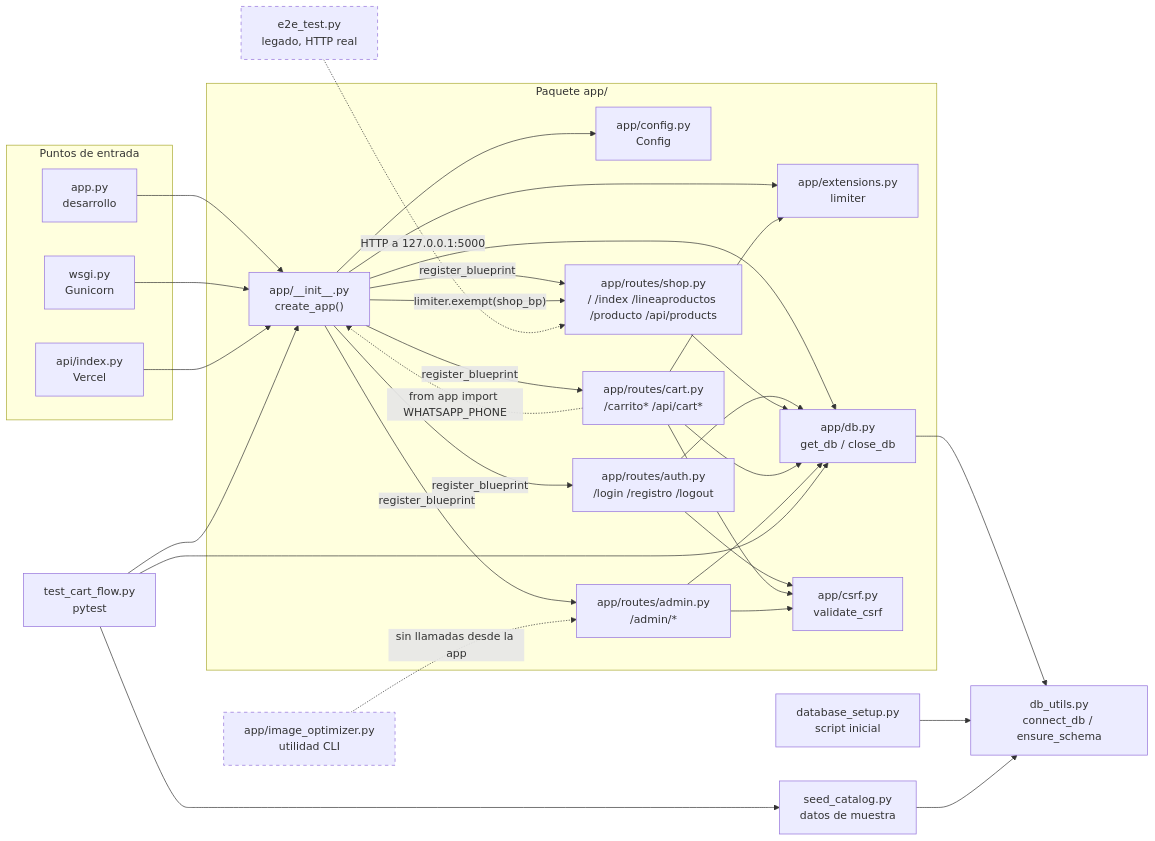
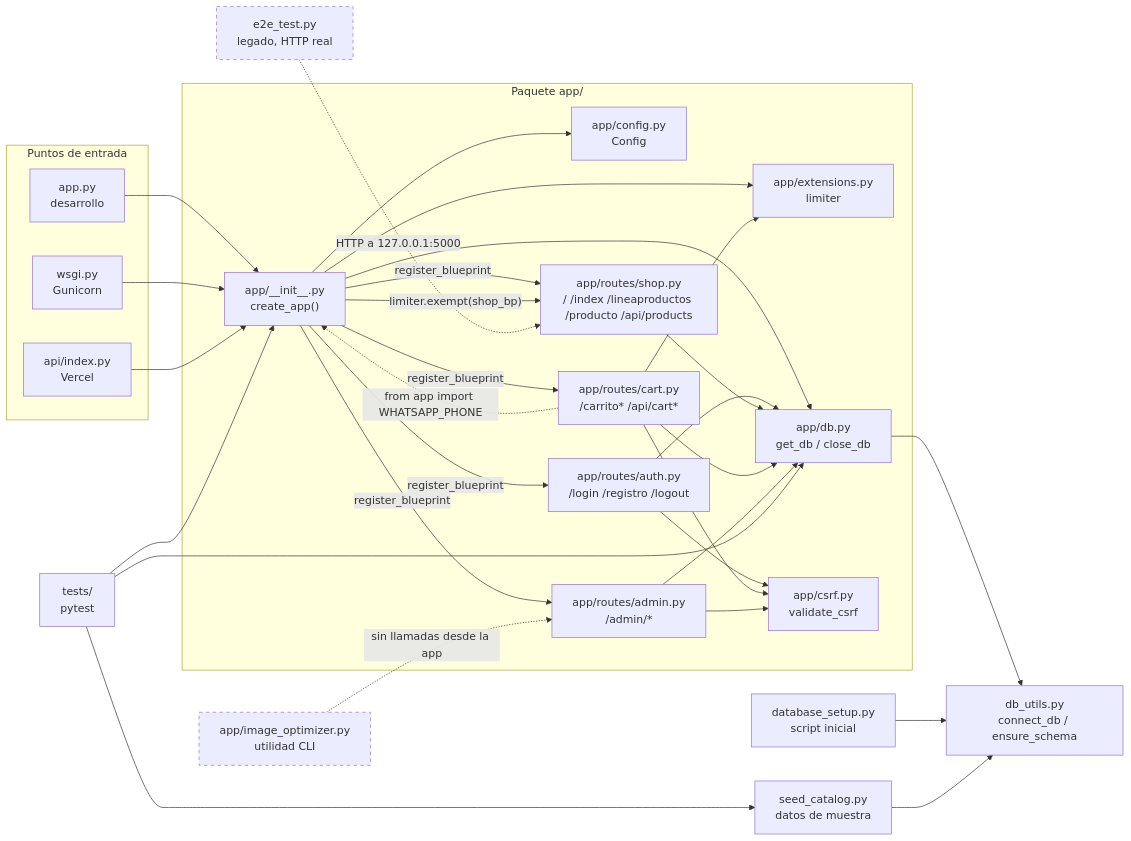
The first of 2 diagrams in docs/13-grafo-proyecto.md (NikkoWebDev/ARTISAN), drawn with Mermaid before and after one commit. The commit also changed other lines of this file and 13 other files, not shown here.

First line of the commit message:
feat(vercel): SECRET_KEY obligatoria con mensaje claro, ensure_schema una vez, app/storage.py (Vercel Blob/disco), migración SQLite→PostgreSQL; tests/ aislados

````diff
--- a/docs/13-grafo-proyecto.md
+++ b/docs/13-grafo-proyecto.md
@@ -19,63 +19,63 @@
 ```mermaid
 flowchart LR
     subgraph ENTRADAS["Puntos de entrada"]
         APP_PY["app.py<br/>desarrollo"]
         WSGI["wsgi.py<br/>Gunicorn"]
         VERCEL["api/index.py<br/>Vercel"]
     end
 
     subgraph PAQUETE["Paquete app/"]
         INIT["app/__init__.py<br/>create_app()"]
         CFG["app/config.py<br/>Config"]
         EXT["app/extensions.py<br/>limiter"]
         DBP["app/db.py<br/>get_db / close_db"]
         CSRF["app/csrf.py<br/>validate_csrf"]
         AUTH["app/routes/auth.py<br/>/login /registro /logout"]
         SHOP["app/routes/shop.py<br/>/ /index /lineaproductos /producto /api/products"]
         CART["app/routes/cart.py<br/>/carrito* /api/cart*"]
         ADMIN["app/routes/admin.py<br/>/admin/*"]
     end
 
     DBU["db_utils.py<br/>connect_db / ensure_schema"]
     SETUP["database_setup.py<br/>script inicial"]
     SEED["seed_catalog.py<br/>datos de muestra"]
-    TESTS["test_cart_flow.py<br/>pytest"]
+    TESTS["tests/<br/>pytest"]
     E2E["e2e_test.py<br/>legado, HTTP real"]
     IMGOPT["app/image_optimizer.py<br/>utilidad CLI"]
 
     APP_PY --> INIT
     WSGI --> INIT
     VERCEL --> INIT
 
     INIT --> CFG
     INIT --> EXT
     INIT --> DBP
     INIT -->|"register_blueprint"| AUTH
     INIT -->|"register_blueprint"| SHOP
     INIT -->|"register_blueprint"| CART
     INIT -->|"register_blueprint"| ADMIN
     INIT -->|"limiter.exempt(shop_bp)"| SHOP
 
     AUTH --> DBP
     AUTH --> CSRF
     SHOP --> DBP
     CART --> DBP
     CART --> CSRF
     CART --> EXT
     CART -.->|"from app import WHATSAPP_PHONE"| INIT
     ADMIN --> DBP
     ADMIN --> CSRF
 
     DBP --> DBU
     SETUP --> DBU
     SEED --> DBU
     TESTS --> INIT
     TESTS --> DBP
     TESTS --> SEED
     E2E -.->|"HTTP a 127.0.0.1:5000"| SHOP
 
     IMGOPT -.-> |"sin llamadas desde la app"| ADMIN
 
     classDef utilidad stroke-dasharray: 5 5
     class IMGOPT,E2E utilidad
 ```
````
